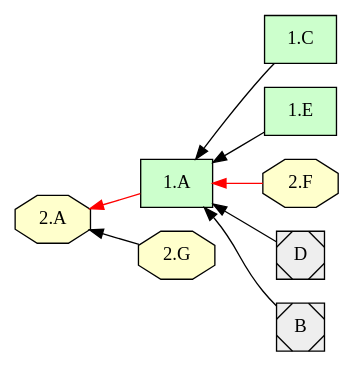
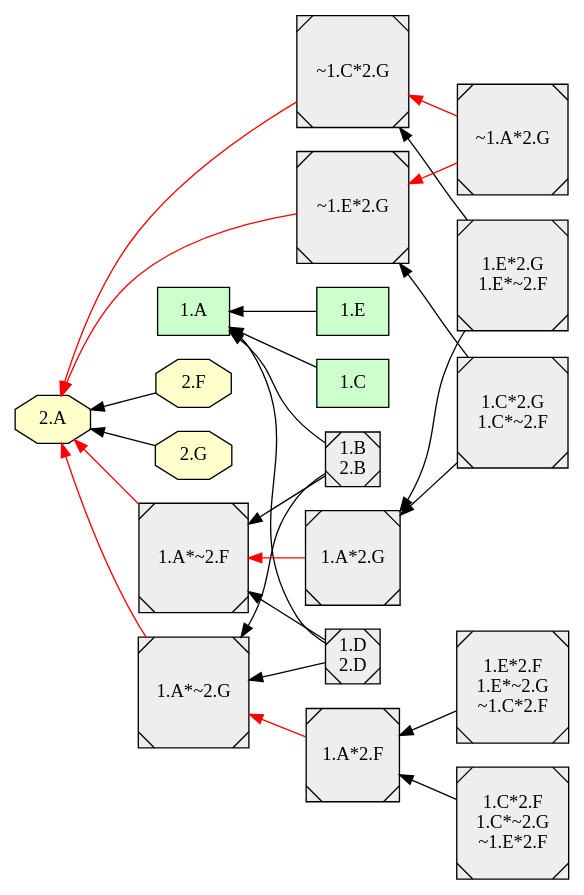
Before and after one commit to EulerProject/EulerX: the diagram in example/abstract4/abstract4_4.dot, drawn with Graphviz. The commit also changed 18 other files, not shown here.

```diff
--- a/example/abstract4/abstract4_4.dot
+++ b/example/abstract4/abstract4_4.dot
@@ -1,42 +1,111 @@
 digraph {
 
 rankdir = RL
 
   node [shape=box style="filled" fillcolor="#CCFFCC"]
   "1.C"
   "1.A"
   "1.E"
   "1.A"
   "1.A"
   "1.A"
-  "1.A"
-  "1.A"
   node [shape=octagon style="filled" fillcolor="#FFFFCC"]
+  "2.F"
+  "2.A"
   "2.G"
   "2.A"
   "2.A"
-  "2.F"
-  "2.F"
+  "2.A"
+  "2.A"
+  "2.A"
+  "2.A"
+  "2.A"
+  "2.A"
   "2.A"
   "2.A"
   "2.A"
   node [shape=Msquare style="filled" fillcolor="#EEEEEE"]
-  "D"
-  "B"
-  "B"
-  "D"
-  "D"
-  "B"
-  "D"
-  "B"
+  "1.B\n2.B"
+  "1.D\n2.D"
+  "1.D\n2.D"
+  "1.E*2.G\n1.E*~2.F"
+  "1.E*2.F\n1.E*~2.G\n~1.C*2.F"
+  "1.B\n2.B"
+  "1.C*2.F\n1.C*~2.G\n~1.E*2.F"
+  "1.C*2.G\n1.C*~2.F"
+  "1.A*2.F"
+  "1.A*~2.G"
+  "1.A*~2.F"
+  "~1.A*2.G"
+  "~1.C*2.G"
+  "~1.A*2.G"
+  "~1.E*2.G"
+  "1.A*2.G"
+  "1.A*~2.F"
+  "1.A*~2.G"
+  "~1.E*2.G"
+  "~1.C*2.G"
+  "1.E*2.F\n1.E*~2.G\n~1.C*2.F"
+  "1.A*2.F"
+  "1.B\n2.B"
+  "1.B\n2.B"
+  "1.A*~2.F"
+  "1.B\n2.B"
+  "1.A*~2.G"
+  "1.D\n2.D"
+  "1.D\n2.D"
+  "1.A*~2.F"
+  "1.D\n2.D"
+  "1.A*~2.G"
+  "1.E*2.G\n1.E*~2.F"
+  "~1.C*2.G"
+  "1.E*2.G\n1.E*~2.F"
+  "1.A*2.G"
+  "1.C*2.G\n1.C*~2.F"
+  "~1.E*2.G"
+  "1.C*2.G\n1.C*~2.F"
+  "1.A*2.G"
+  "1.C*2.F\n1.C*~2.G\n~1.E*2.F"
+  "1.A*2.F"
+  "1.E*2.F\n1.E*~2.G\n~1.C*2.F"
+  "1.E*2.F\n1.E*~2.G\n~1.C*2.F"
+  "1.A*~2.G"
+  "1.B\n2.B"
+  "1.D\n2.D"
+  "1.E*2.G\n1.E*~2.F"
+  "1.E*2.G\n1.E*~2.F"
+  "1.A*~2.F"
+  "1.C*2.G\n1.C*~2.F"
+  "1.C*2.G\n1.C*~2.F"
+  "1.A*~2.F"
+  "1.C*2.F\n1.C*~2.G\n~1.E*2.F"
+  "1.C*2.F\n1.C*~2.G\n~1.E*2.F"
+  "1.A*~2.G"
   "1.C" -> "1.A" [style=filled, color=black];
   "1.E" -> "1.A" [style=filled, color=black];
+  "2.F" -> "2.A" [style=filled, color=black];
   "2.G" -> "2.A" [style=filled, color=black];
-  "1.A" -> "2.A" [style=filled, color=red];
-  "2.F" -> "1.A" [style=filled, color=red];
-  "D" -> "1.A" [style=filled, color=black];
-  "B" -> "1.A" [style=filled, color=black];
+  "1.A*2.F" -> "1.A*~2.G" [style=filled, color=red];
+  "1.A*~2.F" -> "2.A" [style=filled, color=red];
+  "~1.A*2.G" -> "~1.C*2.G" [style=filled, color=red];
+  "~1.A*2.G" -> "~1.E*2.G" [style=filled, color=red];
+  "1.A*2.G" -> "1.A*~2.F" [style=filled, color=red];
+  "1.A*~2.G" -> "2.A" [style=filled, color=red];
+  "~1.E*2.G" -> "2.A" [style=filled, color=red];
+  "~1.C*2.G" -> "2.A" [style=filled, color=red];
+  "1.E*2.F\n1.E*~2.G\n~1.C*2.F" -> "1.A*2.F" [style=filled, color=black];
+  "1.B\n2.B" -> "1.A" [style=filled, color=black];
+  "1.B\n2.B" -> "1.A*~2.F" [style=filled, color=black];
+  "1.B\n2.B" -> "1.A*~2.G" [style=filled, color=black];
+  "1.D\n2.D" -> "1.A" [style=filled, color=black];
+  "1.D\n2.D" -> "1.A*~2.F" [style=filled, color=black];
+  "1.D\n2.D" -> "1.A*~2.G" [style=filled, color=black];
+  "1.E*2.G\n1.E*~2.F" -> "~1.C*2.G" [style=filled, color=black];
+  "1.E*2.G\n1.E*~2.F" -> "1.A*2.G" [style=filled, color=black];
+  "1.C*2.G\n1.C*~2.F" -> "~1.E*2.G" [style=filled, color=black];
+  "1.C*2.G\n1.C*~2.F" -> "1.A*2.G" [style=filled, color=black];
+  "1.C*2.F\n1.C*~2.G\n~1.E*2.F" -> "1.A*2.F" [style=filled, color=black];
   subgraph cluster_lg {
     rankdir = LR
   }
 }
```
